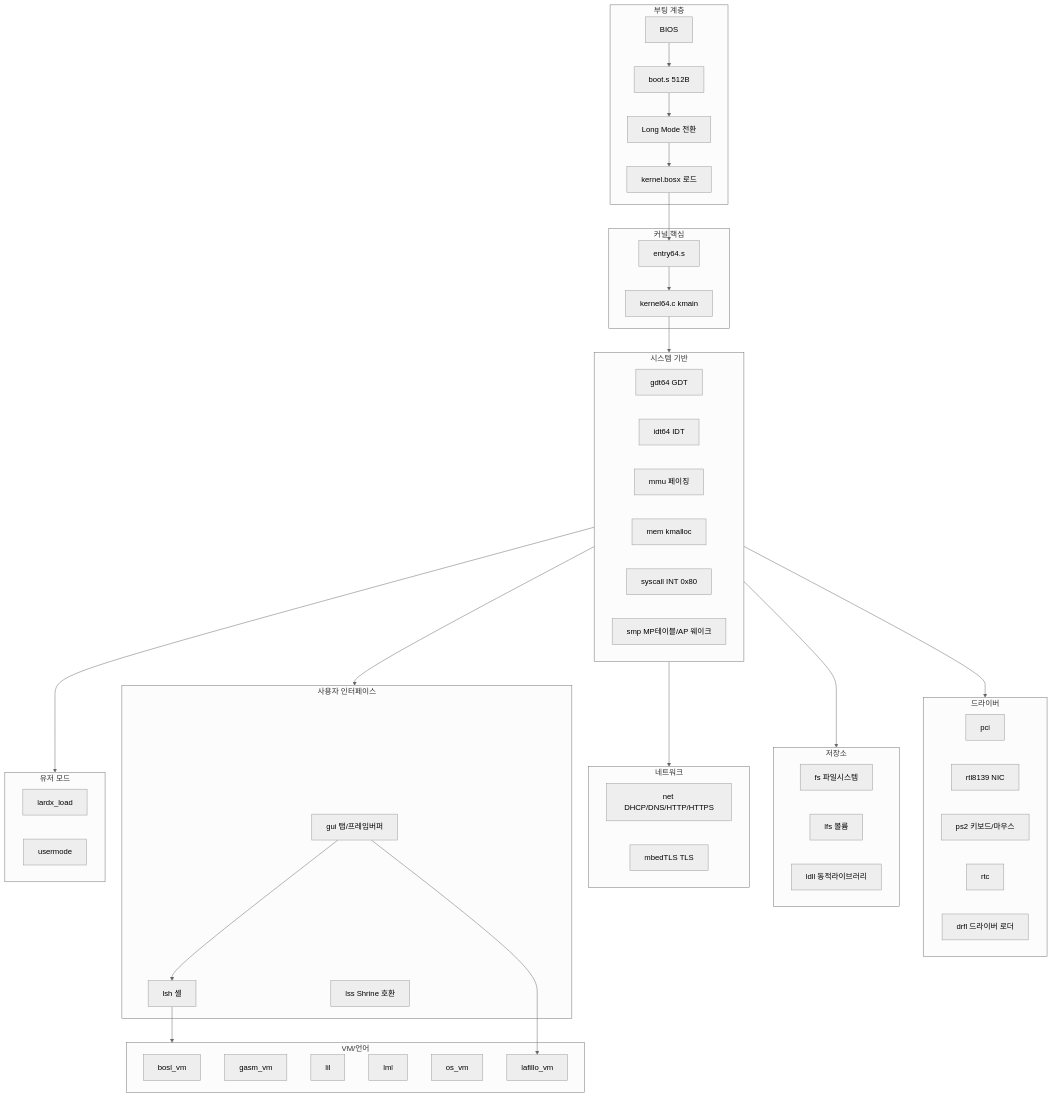
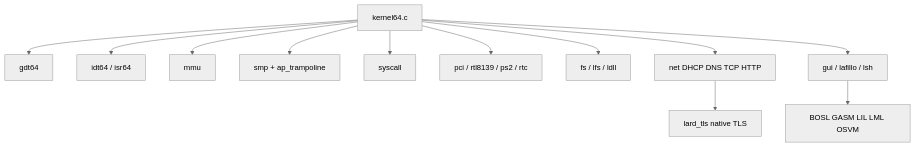
Before and after one commit to jgchoimd-web/lardos: the second of 4 diagrams in os/ARCHITECTURE.md, drawn with Mermaid (neutral theme). The commit also changed other lines of this file and 982 other files, not shown here.

Commit message:
Make kernel TLS native and clarify 64-bit build

````diff
--- a/os/ARCHITECTURE.md
+++ b/os/ARCHITECTURE.md
@@ -24,75 +43,27 @@
 ```mermaid
 flowchart TB
-    subgraph Boot [부팅 계층]
-        BIOS[BIOS]
-        BootSector[boot.s 512B]
-        LongMode[Long Mode 전환]
-        LoadKernel[kernel.bosx 로드]
-        BIOS --> BootSector --> LongMode --> LoadKernel
-    end
+    Kmain["kernel64.c"]
+    GDT["gdt64"]
+    IDT["idt64 / isr64"]
+    MMU["mmu"]
+    SMP["smp + ap_trampoline"]
+    Syscall["syscall"]
+    Drivers["pci / rtl8139 / ps2 / rtc"]
+    Storage["fs / lfs / ldll"]
+    Net["net DHCP DNS TCP HTTP"]
+    TLS["lard_tls native TLS"]
+    GUI["gui / lafillo / lsh"]
+    VM["BOSL GASM LIL LML OSVM"]
 
-    subgraph Kernel [커널 핵심]
-        Entry[entry64.s]
-        Kmain[kernel64.c kmain]
-        Entry --> Kmain
-    end
-
-    subgraph Core [시스템 기반]
-        GDT[gdt64 GDT]
-        IDT[idt64 IDT]
-        MMU[mmu 페이징]
-        Mem[mem kmalloc]
-        Syscall[syscall INT 0x80]
-        SMP[smp MP테이블/AP 웨이크]
-    end
-
-    subgraph Drivers [드라이버]
-        PCI[pci]
-        RTL[rtl8139 NIC]
-        PS2[ps2 키보드/마우스]
-        RTC[rtc]
-        DRFL[drfl 드라이버 로더]
-    end
-
-    subgraph Storage [저장소]
-        FS[fs 파일시스템]
-        LFS[lfs 볼륨]
-        LDLL[ldll 동적라이브러리]
-    end
-
-    subgraph Network [네트워크]
-        Net[net DHCP/DNS/HTTP/HTTPS]
-        MbedTLS[mbedTLS TLS]
-    end
-
-    subgraph UserFace [사용자 인터페이스]
-        GUI[gui 탭/프레임버퍼]
-        LSH[lsh 셸]
-        LSS[lss Shrine 호환]
-    end
-
-    subgraph VMs [VM/언어]
-        BOSL[bosl_vm]
-        GASM[gasm_vm]
-        LIL[lil]
-        LML[lml]
-        OSVM[os_vm]
-        LafilloVM[lafillo_vm]
-    end
-
-    subgraph UserMode [유저 모드]
-        LardxLoad[lardx_load]
-        Usermode[usermode]
-    end
-
-    LoadKernel --> Entry
-    Kmain --> Core
-    Core --> Drivers
-    Core --> Storage
-    Core --> Network
-    Core --> UserFace
-    Core --> UserMode
-    LSH --> VMs
-    GUI --> LSH
-    GUI --> LafilloVM
+    Kmain --> GDT
+    Kmain --> IDT
+    Kmain --> MMU
+    Kmain --> SMP
+    Kmain --> Syscall
+    Kmain --> Drivers
+    Kmain --> Storage
+    Kmain --> Net
+    Net --> TLS
+    Kmain --> GUI
+    GUI --> VM
 ```
````
